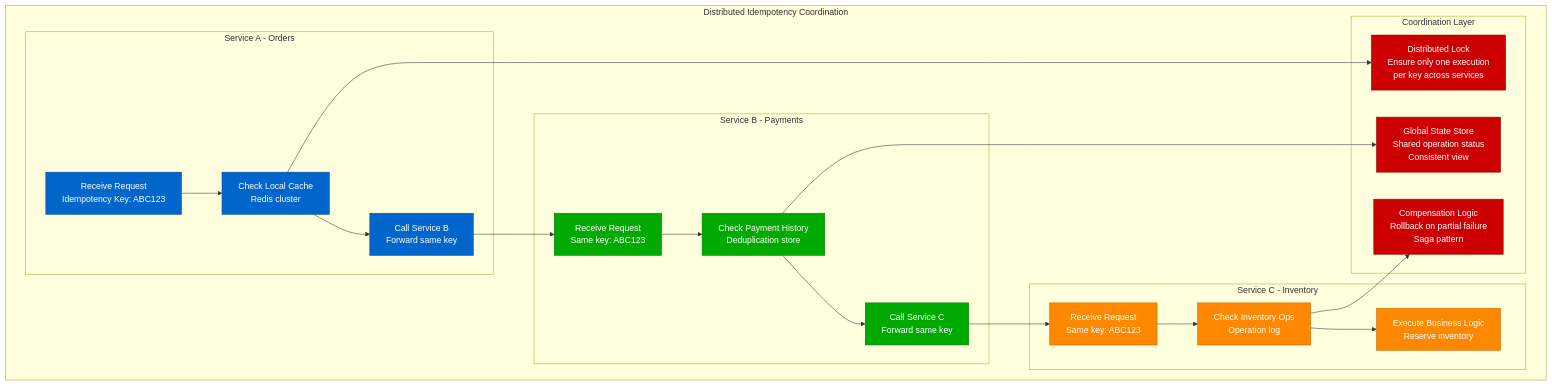
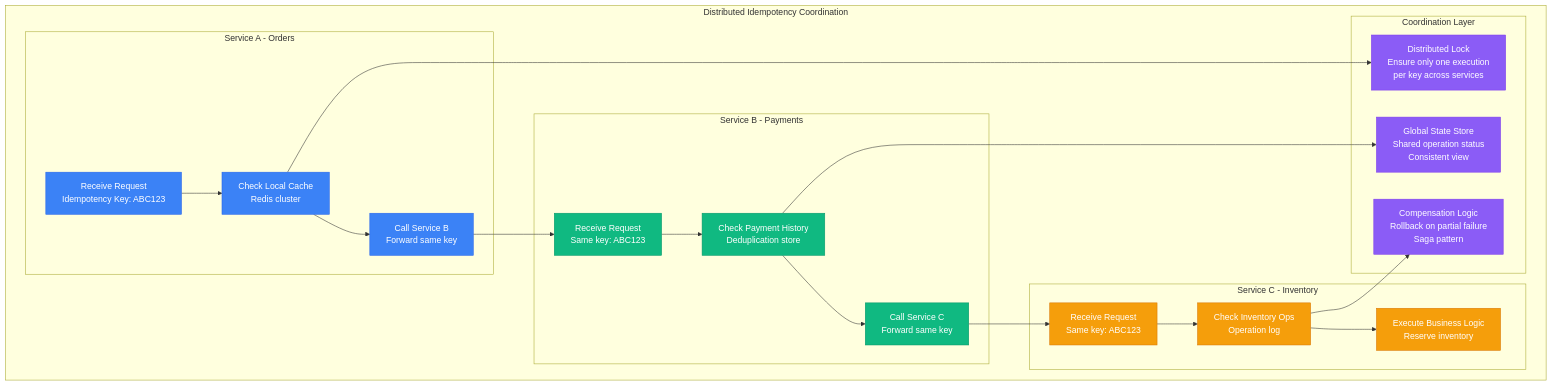
The seventh of 8 diagrams in site/docs/guarantees/exactly-once/exactly-once-implementation.md (deepaucksharma/DS), drawn with Mermaid before and after one commit. The commit also changed other lines of this file and 303 other files, not shown here.

````diff
--- a/site/docs/guarantees/exactly-once/exactly-once-implementation.md
+++ b/site/docs/guarantees/exactly-once/exactly-once-implementation.md
@@ -544,46 +544,46 @@
 ```mermaid
 graph TB
     subgraph DistributedIdempotency[Distributed Idempotency Coordination]
         subgraph ServiceA[Service A - Orders]
             SA1[Receive Request<br/>Idempotency Key: ABC123]
             SA2[Check Local Cache<br/>Redis cluster]
             SA3[Call Service B<br/>Forward same key]
         end
 
         subgraph ServiceB[Service B - Payments]
             SB1[Receive Request<br/>Same key: ABC123]
             SB2[Check Payment History<br/>Deduplication store]
             SB3[Call Service C<br/>Forward same key]
         end
 
         subgraph ServiceC[Service C - Inventory]
             SC1[Receive Request<br/>Same key: ABC123]
             SC2[Check Inventory Ops<br/>Operation log]
             SC3[Execute Business Logic<br/>Reserve inventory]
         end
 
         subgraph CoordinationLayer[Coordination Layer]
             CL1[Distributed Lock<br/>Ensure only one execution<br/>per key across services]
             CL2[Global State Store<br/>Shared operation status<br/>Consistent view]
             CL3[Compensation Logic<br/>Rollback on partial failure<br/>Saga pattern]
         end
     end
 
     SA1 --> SA2 --> SA3
     SA3 --> SB1 --> SB2 --> SB3
     SB3 --> SC1 --> SC2 --> SC3
 
     SA2 --> CL1
     SB2 --> CL2
     SC2 --> CL3
 
-    classDef serviceAStyle fill:#0066CC,stroke:#004499,color:#fff
-    classDef serviceBStyle fill:#00AA00,stroke:#007700,color:#fff
-    classDef serviceCStyle fill:#FF8800,stroke:#CC6600,color:#fff
-    classDef coordinationStyle fill:#CC0000,stroke:#990000,color:#fff
+    classDef serviceAStyle fill:#3B82F6,stroke:#2563EB,color:#fff
+    classDef serviceBStyle fill:#10B981,stroke:#059669,color:#fff
+    classDef serviceCStyle fill:#F59E0B,stroke:#D97706,color:#fff
+    classDef coordinationStyle fill:#8B5CF6,stroke:#7C3AED,color:#fff
 
     class SA1,SA2,SA3 serviceAStyle
     class SB1,SB2,SB3 serviceBStyle
     class SC1,SC2,SC3 serviceCStyle
     class CL1,CL2,CL3 coordinationStyle
 ```
````
